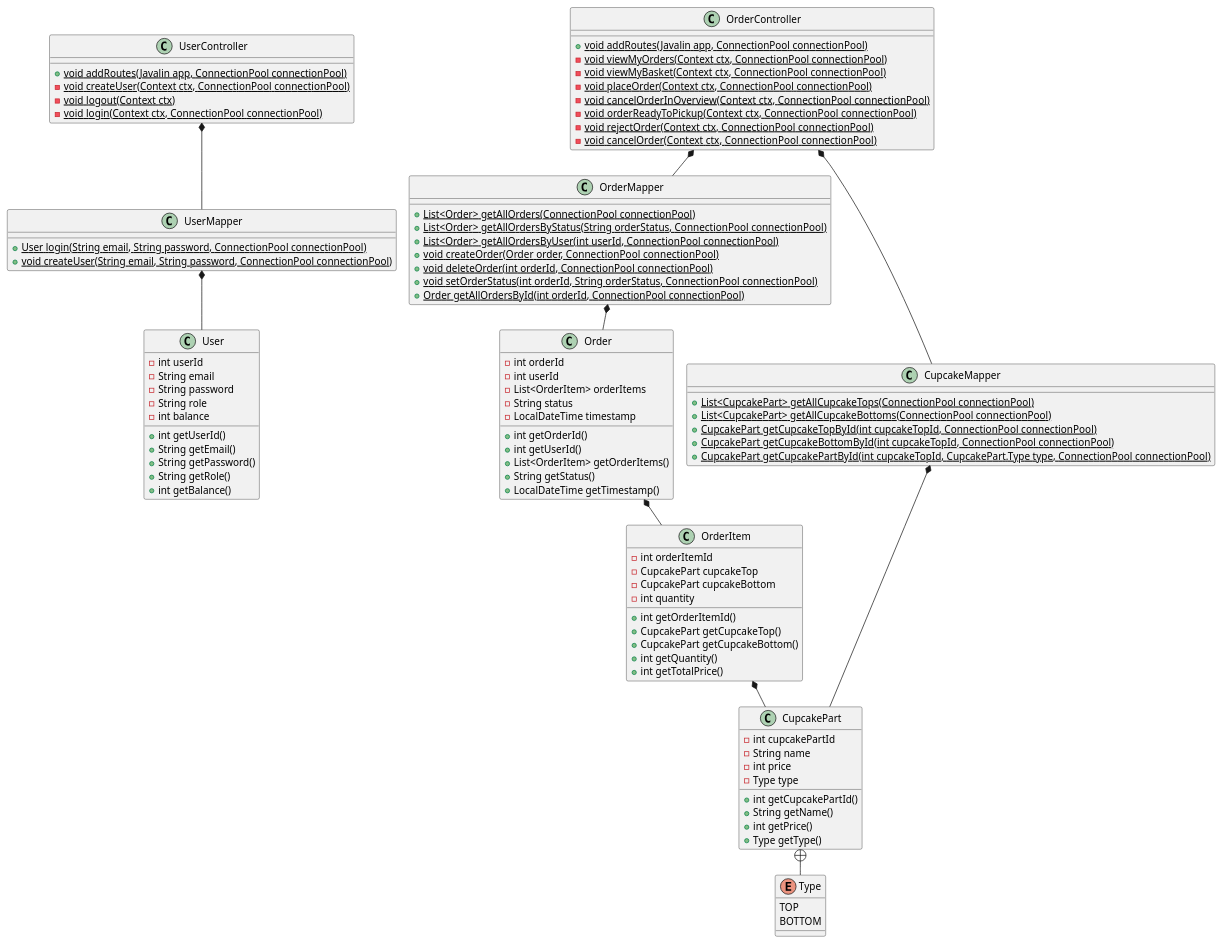
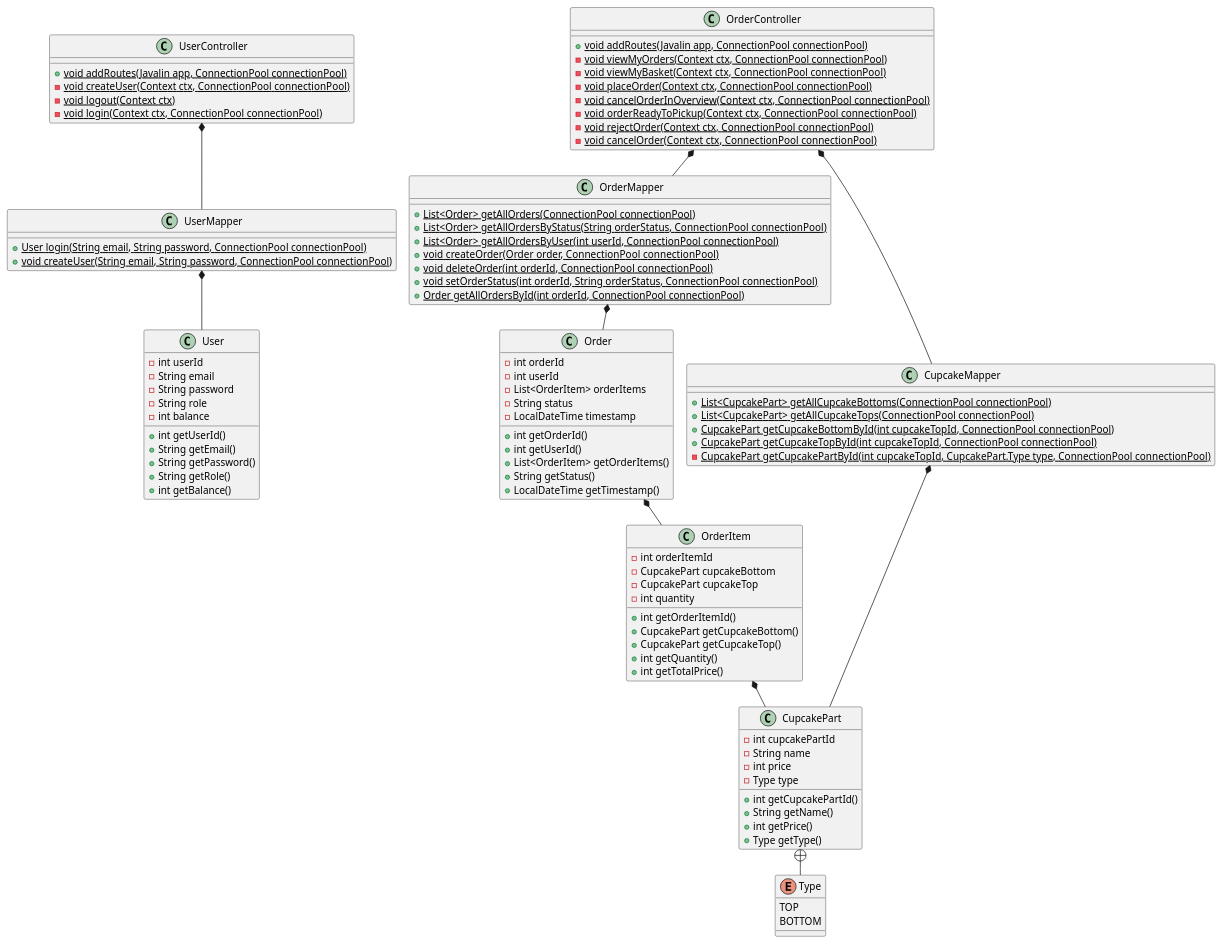
The diagram in doc/static/class diagrams/classdiagram.puml (Shiihon/Dat2_Cupcake), drawn with PlantUML before and after one commit. The commit also changed 1 other file, not shown here.

Commit message:
Rearrange cupcake top/bottom

```diff
--- a/doc/static/class diagrams/classdiagram.puml
+++ b/doc/static/class diagrams/classdiagram.puml
@@ -1,119 +1,119 @@
 @startuml
 'https://plantuml.com/class-diagram
 
 !pragma layout smetana
 
 class UserController {
 + {static} void addRoutes(Javalin app, ConnectionPool connectionPool)
 - {static} void createUser(Context ctx, ConnectionPool connectionPool)
 - {static} void logout(Context ctx)
 - {static} void login(Context ctx, ConnectionPool connectionPool)
 }
 
 class OrderController {
 + {static} void addRoutes(Javalin app, ConnectionPool connectionPool)
 - {static} void viewMyOrders(Context ctx, ConnectionPool connectionPool)
 - {static} void viewMyBasket(Context ctx, ConnectionPool connectionPool)
 - {static} void placeOrder(Context ctx, ConnectionPool connectionPool)
 - {static} void cancelOrderInOverview(Context ctx, ConnectionPool connectionPool)
 - {static} void orderReadyToPickup(Context ctx, ConnectionPool connectionPool)
 - {static} void rejectOrder(Context ctx, ConnectionPool connectionPool)
 - {static} void cancelOrder(Context ctx, ConnectionPool connectionPool)
 }
 
 class UserMapper {
 + {static} User login(String email, String password, ConnectionPool connectionPool)
 + {static} void createUser(String email, String password, ConnectionPool connectionPool)
 }
 
 class OrderMapper {
 + {static} List<Order> getAllOrders(ConnectionPool connectionPool)
 + {static} List<Order> getAllOrdersByStatus(String orderStatus, ConnectionPool connectionPool)
 + {static} List<Order> getAllOrdersByUser(int userId, ConnectionPool connectionPool)
 + {static} void createOrder(Order order, ConnectionPool connectionPool)
 + {static} void deleteOrder(int orderId, ConnectionPool connectionPool)
 + {static} void setOrderStatus(int orderId, String orderStatus, ConnectionPool connectionPool)
 + {static} Order getAllOrdersById(int orderId, ConnectionPool connectionPool)
 }
 
 class CupcakeMapper {
++ {static} List<CupcakePart> getAllCupcakeBottoms(ConnectionPool connectionPool)
 + {static} List<CupcakePart> getAllCupcakeTops(ConnectionPool connectionPool)
-+ {static} List<CupcakePart> getAllCupcakeBottoms(ConnectionPool connectionPool)
++ {static} CupcakePart getCupcakeBottomById(int cupcakeTopId, ConnectionPool connectionPool)
 + {static} CupcakePart getCupcakeTopById(int cupcakeTopId, ConnectionPool connectionPool)
-+ {static} CupcakePart getCupcakeBottomById(int cupcakeTopId, ConnectionPool connectionPool)
-+ {static} CupcakePart getCupcakePartById(int cupcakeTopId, CupcakePart.Type type, ConnectionPool connectionPool)
+- {static} CupcakePart getCupcakePartById(int cupcakeTopId, CupcakePart.Type type, ConnectionPool connectionPool)
 }
 
 class User {
 - int userId
 - String email
 - String password
 - String role
 - int balance
 
 + int getUserId()
 + String getEmail()
 + String getPassword()
 + String getRole()
 + int getBalance()
 }
 
 class Order {
 - int orderId
 - int userId
 - List<OrderItem> orderItems
 - String status
 - LocalDateTime timestamp
 
 + int getOrderId()
 + int getUserId()
 + List<OrderItem> getOrderItems()
 + String getStatus()
 + LocalDateTime getTimestamp()
 }
 
 class OrderItem {
 - int orderItemId
+- CupcakePart cupcakeBottom
 - CupcakePart cupcakeTop
-- CupcakePart cupcakeBottom
 - int quantity
 
 + int getOrderItemId()
++ CupcakePart getCupcakeBottom()
 + CupcakePart getCupcakeTop()
-+ CupcakePart getCupcakeBottom()
 + int getQuantity()
 + int getTotalPrice()
 }
 
 class CupcakePart {
 - int cupcakePartId
 - String name
 - int price
 - Type type
 
 + int getCupcakePartId()
 + String getName()
 + int getPrice()
 + Type getType()
 }
 
 enum Type {
 TOP
 BOTTOM
 }
 
 UserController *-- UserMapper
 OrderController *-- OrderMapper
 OrderController *-- CupcakeMapper
 
 UserMapper *-- User
 OrderMapper *-- Order
 CupcakeMapper *-- CupcakePart
 
 Order *-- OrderItem
 
 OrderItem *-- CupcakePart
 
 CupcakePart +-- Type
 
 @enduml
```
